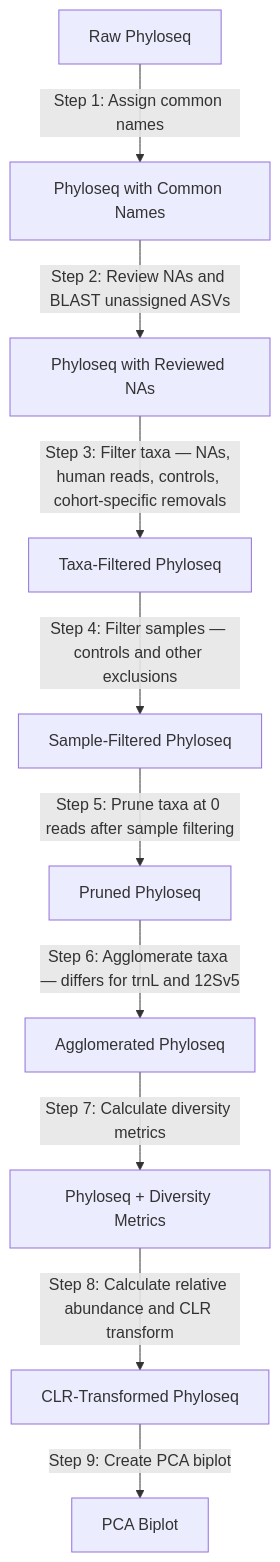
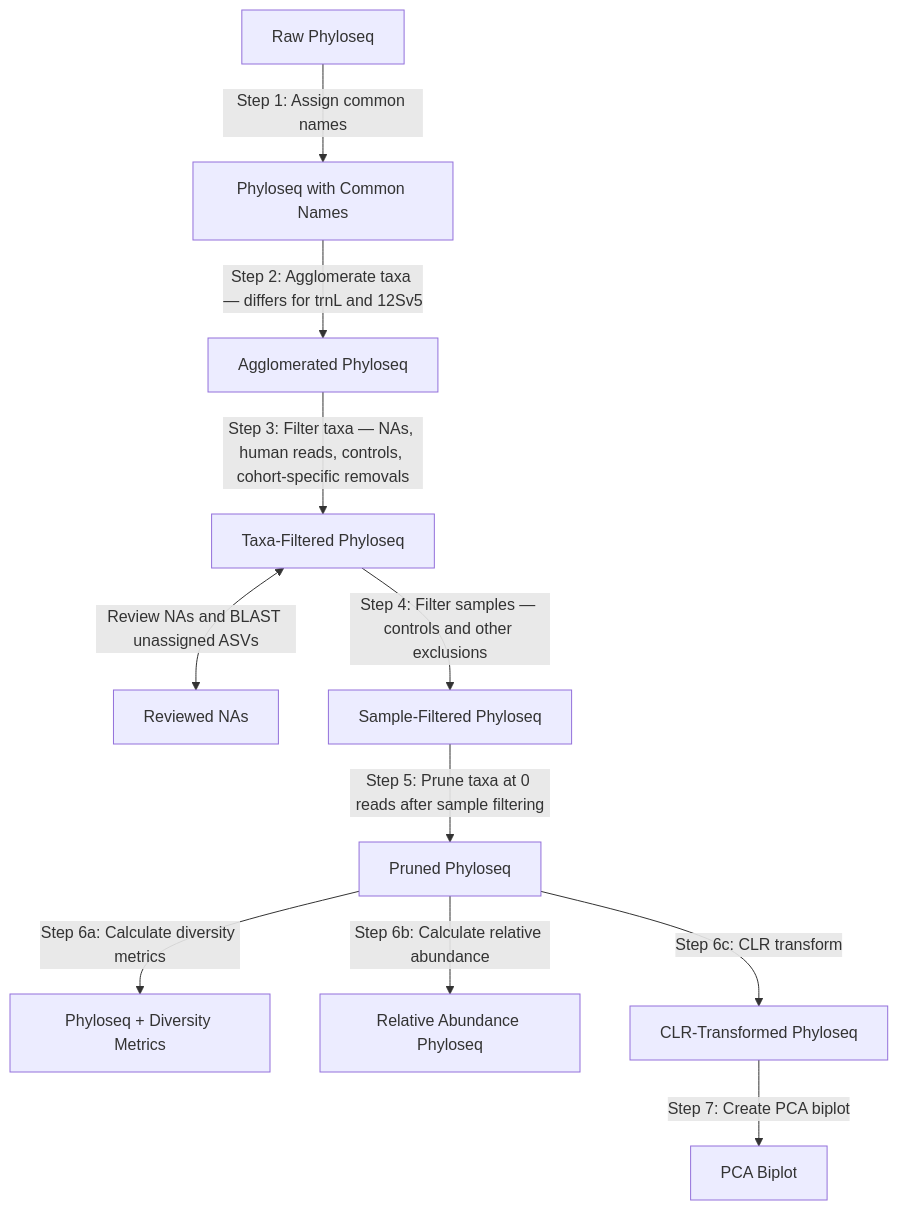
Before and after one commit to LAD-LAB/lad-lab.github.io: the diagram in docs/processing.md, drawn with Mermaid.

Commit message:
Revise processing steps in flow diagram
Updated the processing flow diagram to reflect changes in steps for agglomerating taxa and calculating metrics.

````diff
--- a/docs/processing.md
+++ b/docs/processing.md
@@ -5,12 +5,13 @@
 ``` mermaid
 graph TD
     A[Raw Phyloseq] -->|Step 1: Assign common names| B[Phyloseq with Common Names]
-    B -->|Step 2: Review NAs and BLAST unassigned ASVs| C[Phyloseq with Reviewed NAs]
+    B -->|Step 2: Agglomerate taxa — differs for trnL and 12Sv5| C[Agglomerated Phyloseq]
     C -->|Step 3: Filter taxa — NAs, human reads, controls, cohort-specific removals| D[Taxa-Filtered Phyloseq]
+    D <-->|Review NAs and BLAST unassigned ASVs| R[Reviewed NAs]
     D -->|Step 4: Filter samples — controls and other exclusions| E[Sample-Filtered Phyloseq]
     E -->|Step 5: Prune taxa at 0 reads after sample filtering| F[Pruned Phyloseq]
-    F -->|Step 6: Agglomerate taxa — differs for trnL and 12Sv5| G[Agglomerated Phyloseq]
-    G -->|Step 7: Calculate diversity metrics| H[Phyloseq + Diversity Metrics]
-    H -->|Step 8: Calculate relative abundance and CLR transform| I[CLR-Transformed Phyloseq]
-    I -->|Step 9: Create PCA biplot| J[PCA Biplot]
+    F -->|Step 6a: Calculate diversity metrics| G[Phyloseq + Diversity Metrics]
+    F -->|Step 6b: Calculate relative abundance| H[Relative Abundance Phyloseq]
+    F -->|Step 6c: CLR transform| I[CLR-Transformed Phyloseq]
+    I -->|Step 7: Create PCA biplot| J[PCA Biplot]
 ```
````
